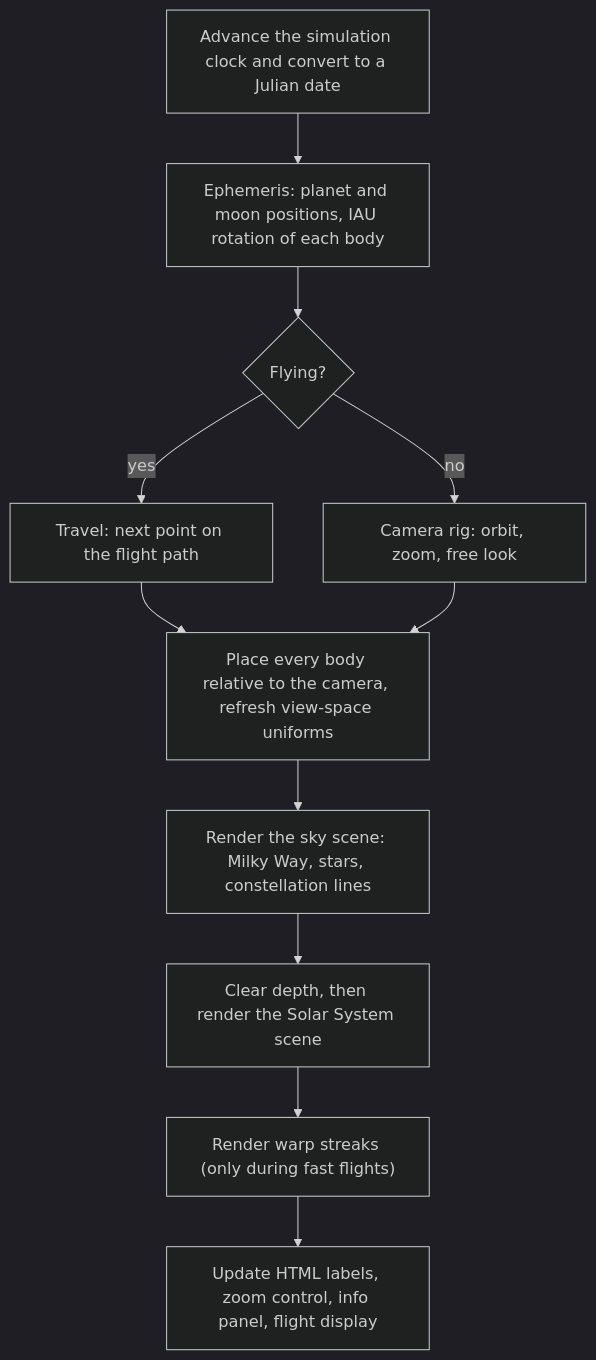
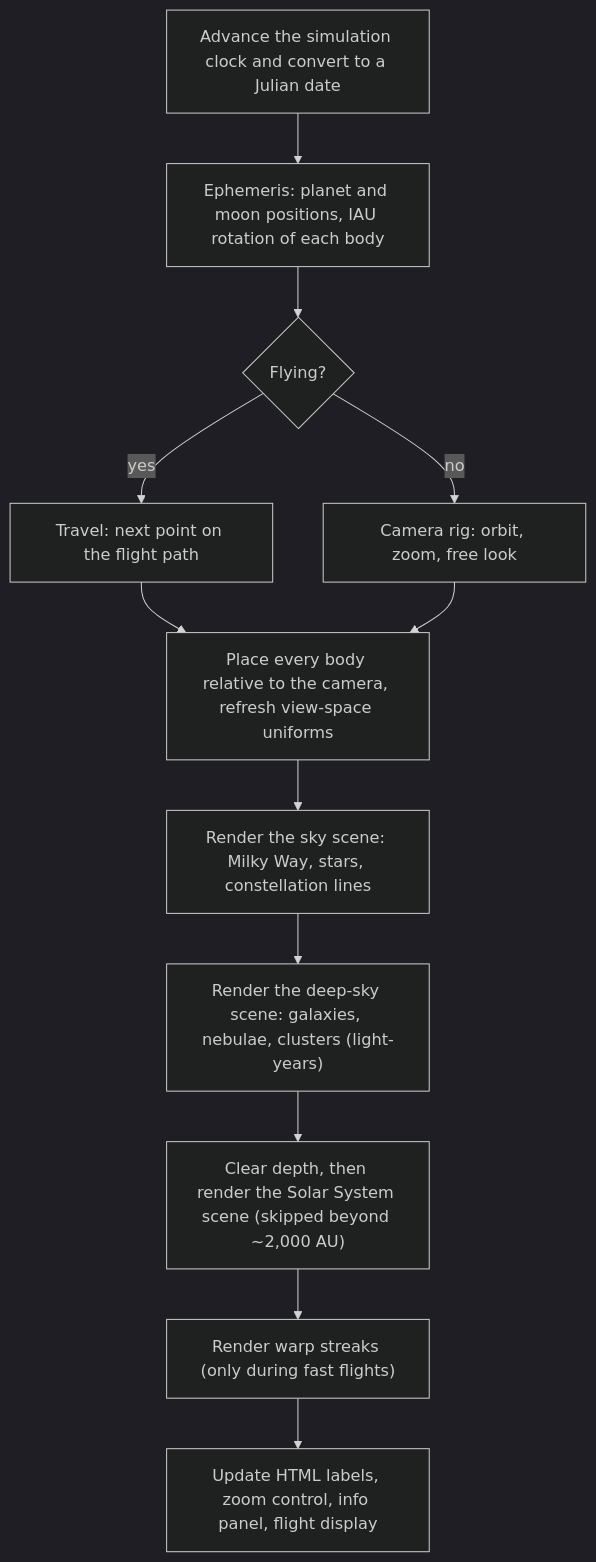
The diagram in README.md (bipashant/solar-voyager), drawn with Mermaid (dark theme) before and after one commit. The commit also changed other lines of this file and 21 other files, not shown here.

````diff
--- a/README.md
+++ b/README.md
@@ -135,13 +147,14 @@
 ```mermaid
 flowchart TD
   A["Advance the simulation clock and convert to a Julian date"] --> B["Ephemeris: planet and moon positions, IAU rotation of each body"]
   B --> C{"Flying?"}
   C -- yes --> D["Travel: next point on the flight path"]
   C -- no --> E["Camera rig: orbit, zoom, free look"]
   D --> F["Place every body relative to the camera, refresh view-space uniforms"]
   E --> F
   F --> G["Render the sky scene: Milky Way, stars, constellation lines"]
-  G --> H["Clear depth, then render the Solar System scene"]
+  G --> G2["Render the deep-sky scene: galaxies, nebulae, clusters (light-years)"]
+  G2 --> H["Clear depth, then render the Solar System scene (skipped beyond ~2,000 AU)"]
   H --> I["Render warp streaks (only during fast flights)"]
   I --> J["Update HTML labels, zoom control, info panel, flight display"]
 ```
````
